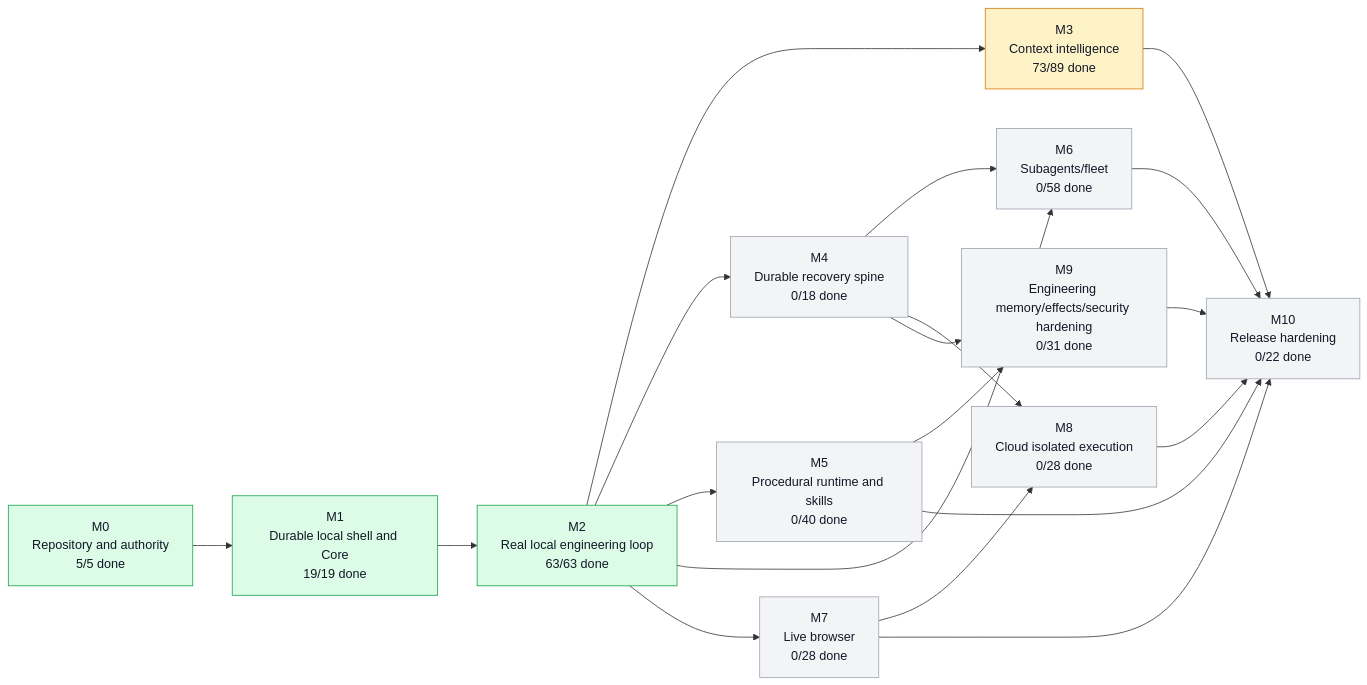
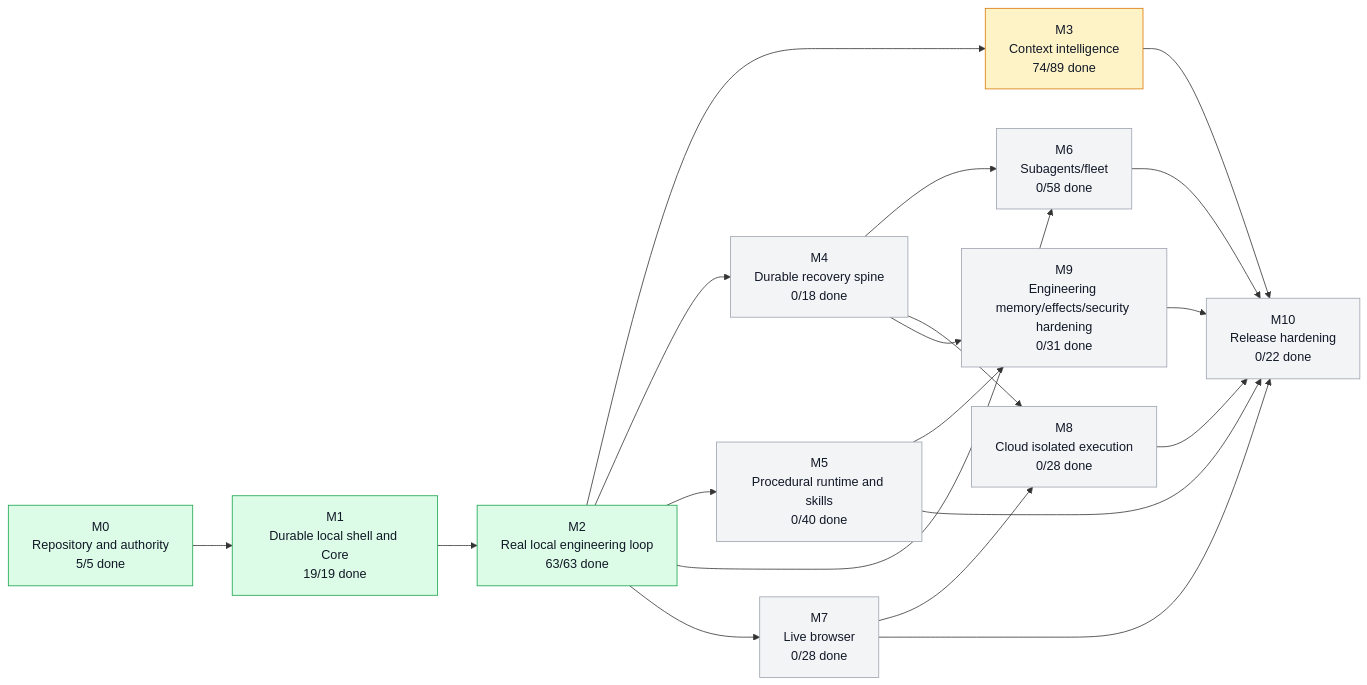
Before and after one commit to moss101/modbit: the first of 5 diagrams in graph/PROJECT_GRAPH.md, drawn with Mermaid. The commit also changed other lines of this file and 6 other files, not shown here.

````diff
--- a/graph/PROJECT_GRAPH.md
+++ b/graph/PROJECT_GRAPH.md
@@ -57,43 +57,43 @@
 ```mermaid
 flowchart LR
   M0["M0<br/>Repository and authority<br/>5/5 done"]
   M1["M1<br/>Durable local shell and Core<br/>19/19 done"]
   M2["M2<br/>Real local engineering loop<br/>63/63 done"]
-  M3["M3<br/>Context intelligence<br/>73/89 done"]
+  M3["M3<br/>Context intelligence<br/>74/89 done"]
   M4["M4<br/>Durable recovery spine<br/>0/18 done"]
   M5["M5<br/>Procedural runtime and skills<br/>0/40 done"]
   M6["M6<br/>Subagents/fleet<br/>0/58 done"]
   M7["M7<br/>Live browser<br/>0/28 done"]
   M8["M8<br/>Cloud isolated execution<br/>0/28 done"]
   M9["M9<br/>Engineering memory/effects/security hardening<br/>0/31 done"]
   M10["M10<br/>Release hardening<br/>0/22 done"]
   M0 --> M1
   M1 --> M2
   M2 --> M3
   M2 --> M4
   M2 --> M5
   M2 --> M6
   M4 --> M6
   M2 --> M7
   M4 --> M8
   M7 --> M8
   M4 --> M9
   M5 --> M9
   M3 --> M10
   M5 --> M10
   M6 --> M10
   M7 --> M10
   M8 --> M10
   M9 --> M10
   style M0 fill:#dcfce7,stroke:#16a34a,color:#111827
   style M1 fill:#dcfce7,stroke:#16a34a,color:#111827
   style M2 fill:#dcfce7,stroke:#16a34a,color:#111827
   style M3 fill:#fef3c7,stroke:#d97706,color:#111827
   style M4 fill:#f3f4f6,stroke:#9ca3af,color:#111827
   style M5 fill:#f3f4f6,stroke:#9ca3af,color:#111827
   style M6 fill:#f3f4f6,stroke:#9ca3af,color:#111827
   style M7 fill:#f3f4f6,stroke:#9ca3af,color:#111827
   style M8 fill:#f3f4f6,stroke:#9ca3af,color:#111827
   style M9 fill:#f3f4f6,stroke:#9ca3af,color:#111827
   style M10 fill:#f3f4f6,stroke:#9ca3af,color:#111827
 ```
````
